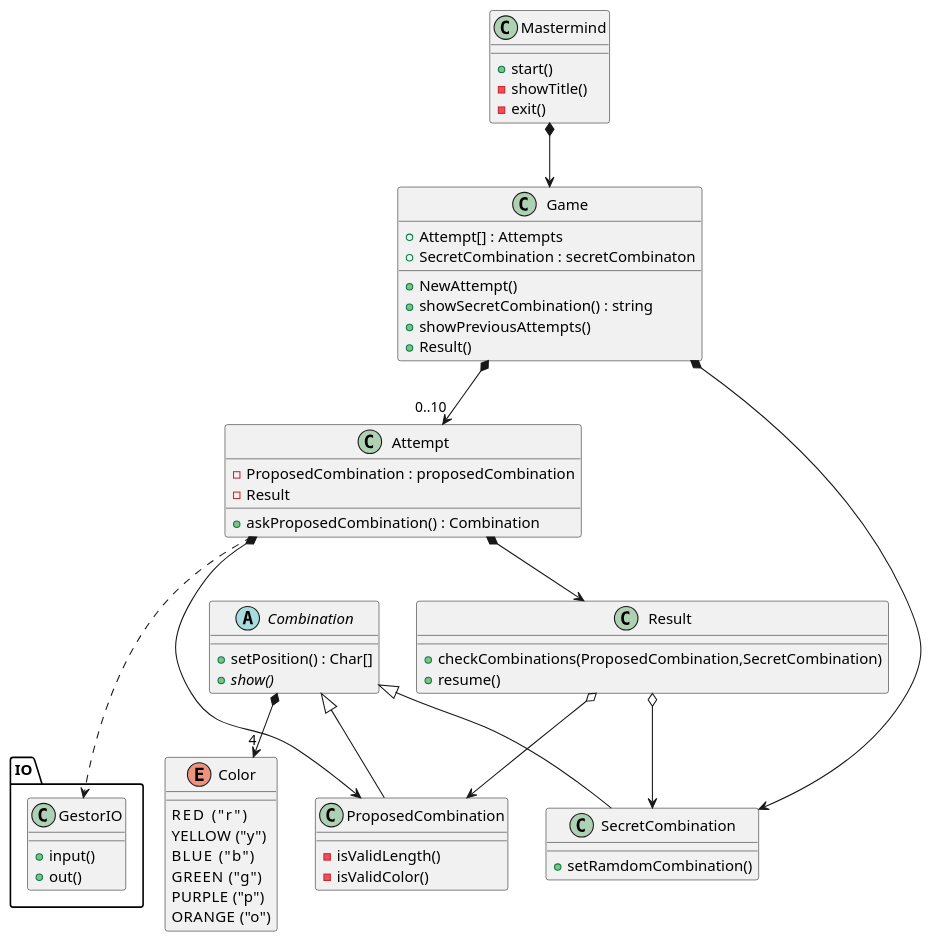
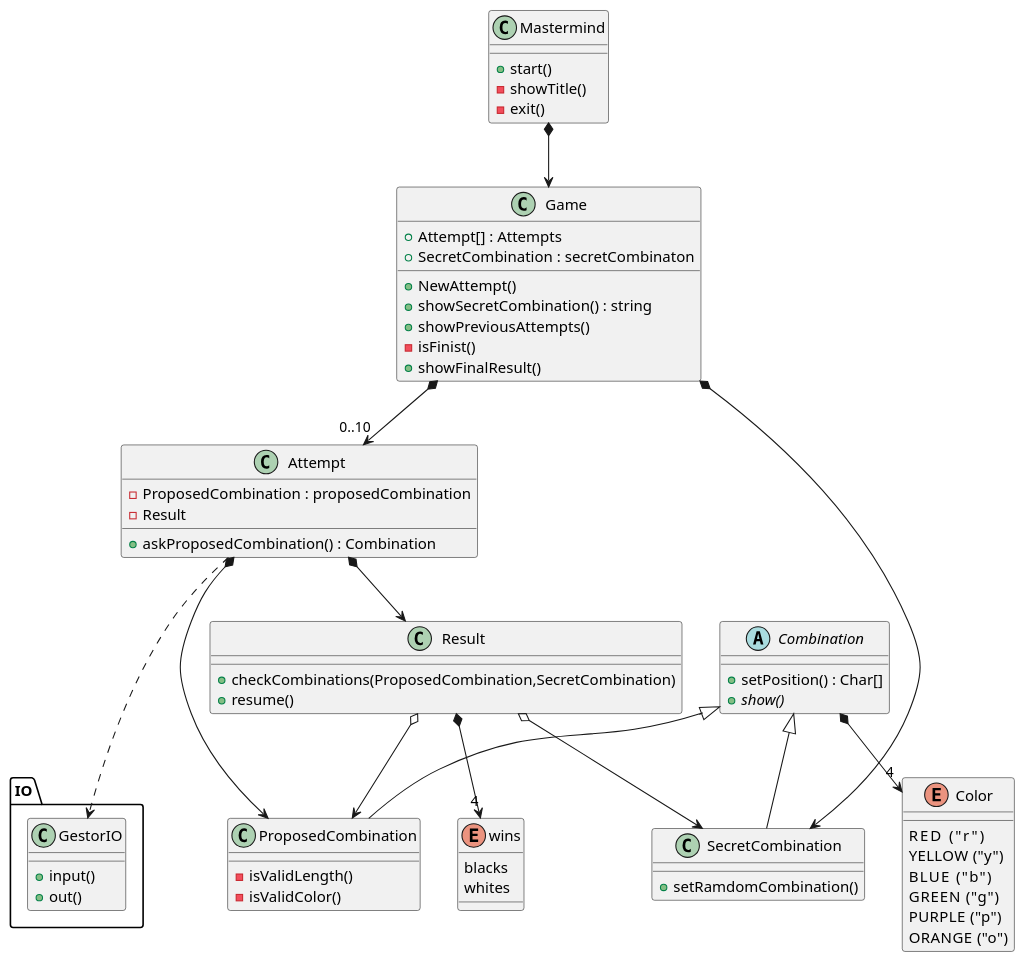
One commit to Master-Desarrollo-20-21/ejercicio-2-vista-publica-clases-mastermind-kiarras changed the diagram in Mastermind.wsd. Above: the diagram before and after it, drawn with PlantUML.

Commit message:
Add wins

```diff
--- a/Mastermind.wsd
+++ b/Mastermind.wsd
@@ -1,64 +1,69 @@
 @startuml Mastermind
 class Mastermind{
   + start()
   - showTitle()
   - exit()
 }
 Mastermind *--> Game
 class Game{
     + Attempt[] : Attempts
     + SecretCombination : secretCombinaton
     + NewAttempt()
     + showSecretCombination() : string
     + showPreviousAttempts()
-    + Result()
+    - isFinist()
+    + showFinalResult()
 }
 Game *--> "0..10" Attempt
 Game *--> SecretCombination
 
 class Attempt{
     - ProposedCombination : proposedCombination
     - Result
     + askProposedCombination() : Combination
 }
 Attempt *--> ProposedCombination
 Attempt *--> Result
 
 abstract class Combination{
     + setPosition() : Char[]
     {abstract} + show()
 }
 Combination *--> "4" Color
 enum Color{
     RED     ("r")
     YELLOW  ("y")
     BLUE    ("b")
     GREEN   ("g")
     PURPLE  ("p")
     ORANGE  ("o")
 }
 Combination <|-- SecretCombination
 Combination <|-- ProposedCombination
 Class SecretCombination{
     + setRamdomCombination()
 }
 Class ProposedCombination{
     - isValidLength()
     - isValidColor() 
 }
 
 class Result{
     +checkCombinations(ProposedCombination,SecretCombination)
     +resume()
 }
 Result o--> SecretCombination
 Result o--> ProposedCombination
-
+Result *--> "4" wins
+enum wins{
+    blacks
+    whites
+}
 package IO{
     Class GestorIO{
         + input()
         + out()
     }
 }
 Attempt ...> GestorIO
 @enduml
```
